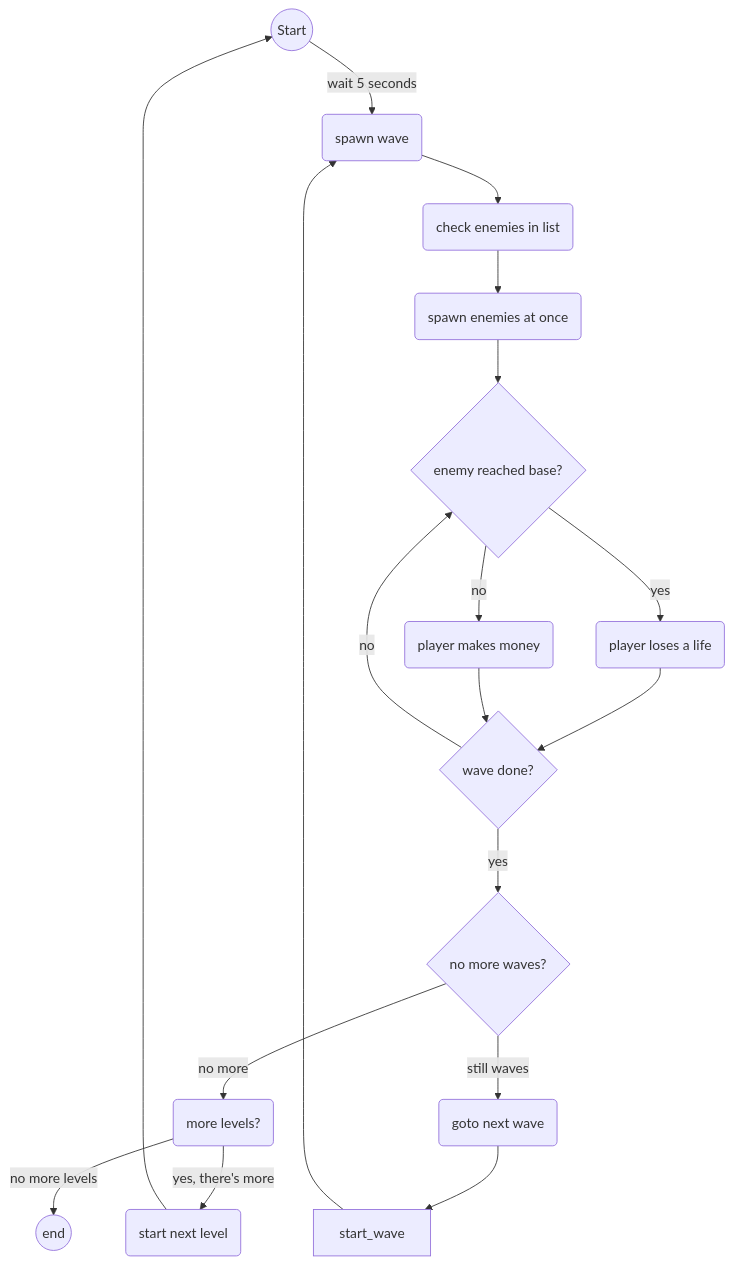
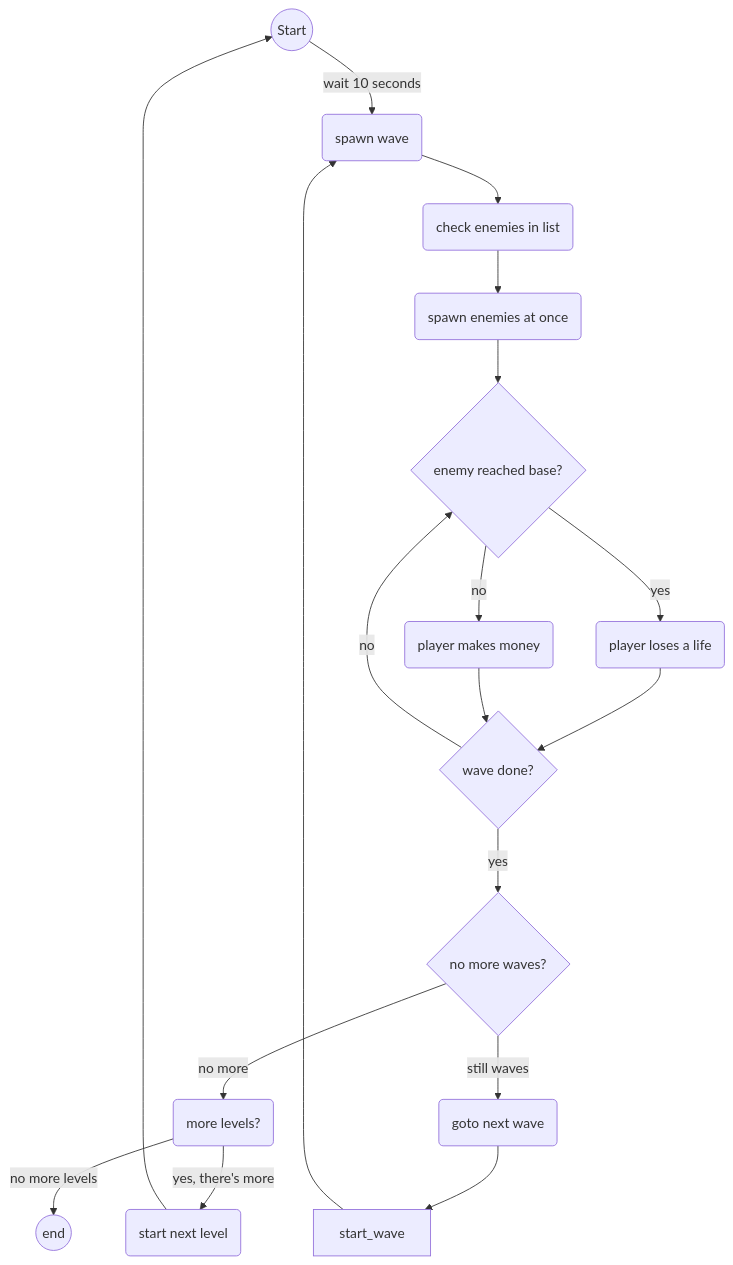
The first of 2 diagrams in README.md (spookyboy2000/SproutScape), drawn with Mermaid before and after one commit.

````diff
--- a/README.md
+++ b/README.md
@@ -37,24 +37,24 @@
 ```mermaid
 flowchart TD
 
-start((Start)) -->|wait 5 seconds| spawn_w(spawn wave)
+start((Start)) -->|wait 10 seconds| spawn_w(spawn wave)
 spawn_w --> checken(check enemies in list)
 checken --> spawn_e(spawn enemies at once)
 spawn_e --> reached_base{enemy reached base?}
 reached_base -->|yes| lose_life(player loses a life)
 reached_base -->|no| money(player makes money)
 lose_life --> wave_done{wave done?}
 money --> wave_done
 wave_done -->|no| reached_base
 no_more_waves{no more waves?} -->|no more| more_lev(more levels?)
 wave_done -->|yes| no_more_waves
 no_more_waves -->|still waves| next_wave(goto next wave)
 next_wave --> start_wave
 start_wave --> spawn_w
 more_lev -->|yes, there's more| next_lev(start next level)
 more_lev -->|no more levels| end_d((end))
 next_lev --> start
 
 
 
 ```
````
